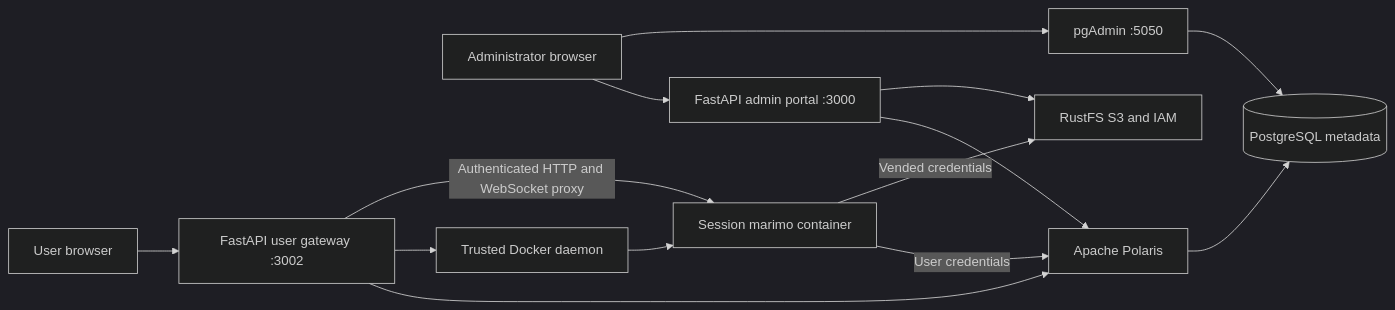
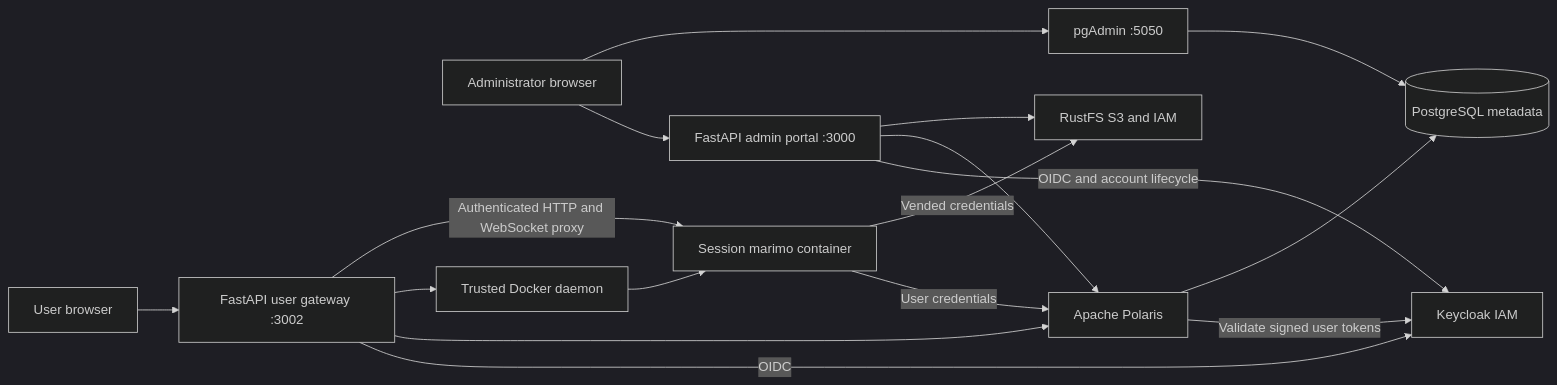
Before and after one commit to sanderdw/iceberg-data-platform: the diagram in docs/architecture.md, drawn with Mermaid (dark theme). The commit also changed other lines of this file and 121 other files, not shown here.

````diff
--- a/docs/architecture.md
+++ b/docs/architecture.md
@@ -3,16 +3,19 @@
 ```mermaid
 flowchart LR
     Admin[Administrator browser] --> AdminAPI[FastAPI admin portal :3000]
     Admin --> PgAdmin[pgAdmin :5050]
     PgAdmin --> Postgres
     User[User browser] --> UserAPI[FastAPI user gateway :3002]
+    AdminAPI -->|OIDC and account lifecycle| Keycloak[Keycloak IAM]
+    UserAPI -->|OIDC| Keycloak
+    Polaris -->|Validate signed user tokens| Keycloak
     AdminAPI --> Polaris[Apache Polaris]
     AdminAPI --> Storage[RustFS S3 and IAM]
     UserAPI --> Polaris
     UserAPI --> Docker[Trusted Docker daemon]
     Docker --> Notebook[Session marimo container]
     UserAPI -->|Authenticated HTTP and WebSocket proxy| Notebook
     Notebook -->|User credentials| Polaris
     Notebook -->|Vended credentials| Storage
     Polaris --> Postgres[(PostgreSQL metadata)]
 ```
````
